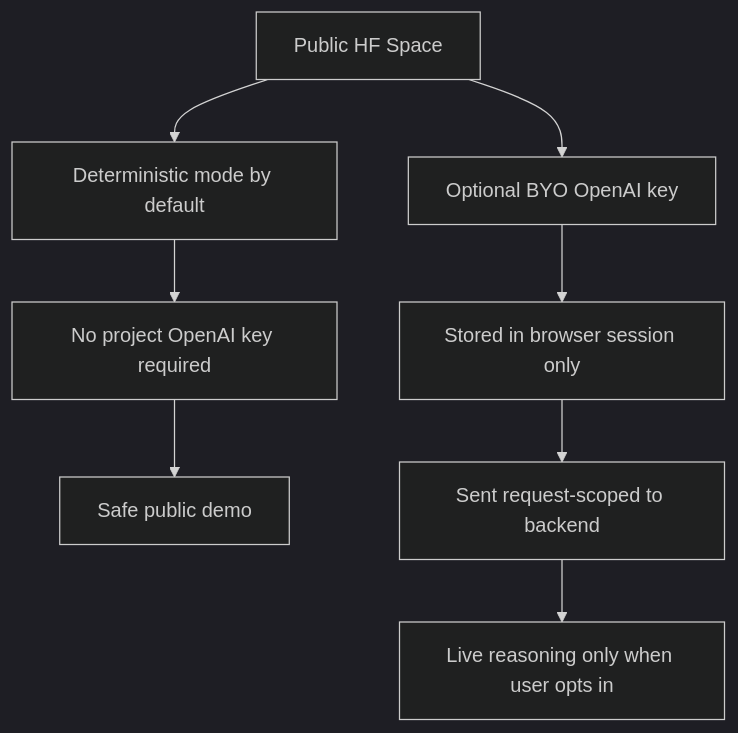
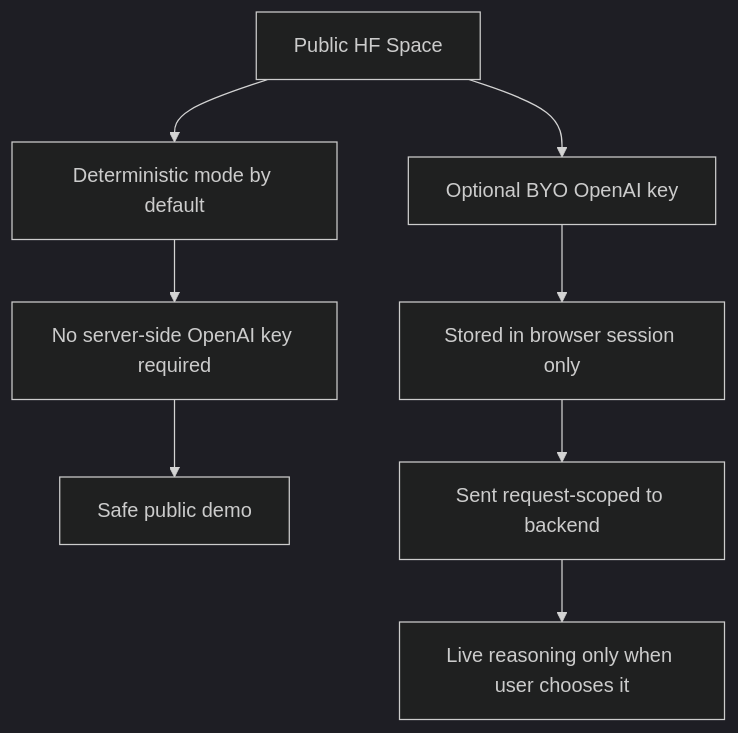
One commit to kunalkachru/nexus-v2 changed the third of 3 diagrams in README.md. Above: the diagram before and after it, drawn with Mermaid (dark theme). The commit also changed other lines of this file and 2 other files, not shown here.

````diff
--- a/README.md
+++ b/README.md
@@ -65,10 +103,10 @@
 ```mermaid
 flowchart TD
     A["Public HF Space"] --> B["Deterministic mode by default"]
-    B --> C["No project OpenAI key required"]
+    B --> C["No server-side OpenAI key required"]
     C --> D["Safe public demo"]
     A --> E["Optional BYO OpenAI key"]
     E --> F["Stored in browser session only"]
     F --> G["Sent request-scoped to backend"]
-    G --> H["Live reasoning only when user opts in"]
+    G --> H["Live reasoning only when user chooses it"]
 ```
````
